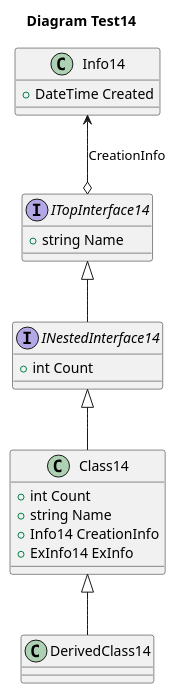
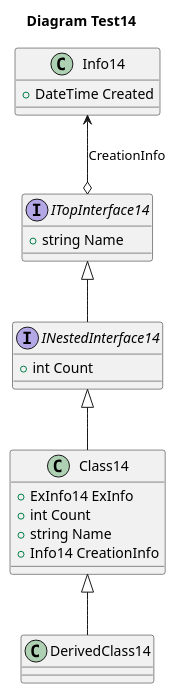
Before and after one commit to isukces/AutoUml: the diagram in docs/testsResults/T14_Should_do_not_add_relation_to_base_interface.puml, drawn with PlantUML. The commit also changed other lines of this file and 5 other files, not shown here.

```diff
--- a/docs/testsResults/T14_Should_do_not_add_relation_to_base_interface.puml
+++ b/docs/testsResults/T14_Should_do_not_add_relation_to_base_interface.puml
@@ -1,33 +1,33 @@
 @startuml
 title
  Diagram Test14
 end title
 
 interface ITopInterface14
 {
     +string Name
 }
 class Info14
 {
     +DateTime Created
 }
 interface INestedInterface14
 {
     +int Count
 }
 class Class14
 {
+    +ExInfo14 ExInfo
     +int Count
     +string Name
     +Info14 CreationInfo
-    +ExInfo14 ExInfo
 }
 class DerivedClass14
 {
 }
 
 ITopInterface14 o-up-> Info14:CreationInfo
 INestedInterface14 -up-|> ITopInterface14
 Class14 -up-|> INestedInterface14
 DerivedClass14 -up-|> Class14
 @enduml
```
